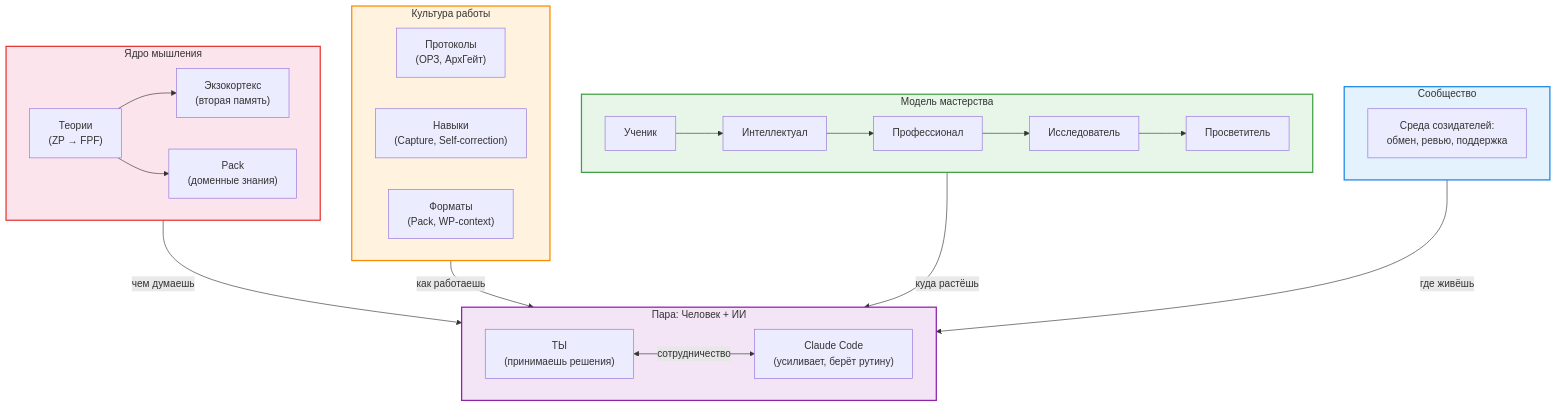
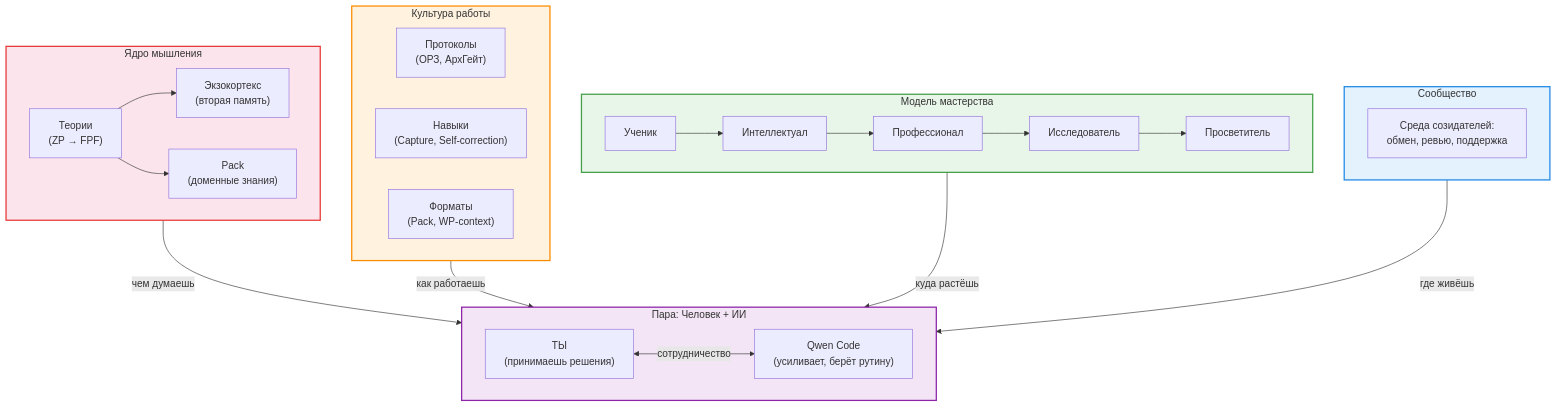
One commit to trover97/FMT-exocortex-template changed the second of 3 diagrams in docs/onboarding/onboarding-guide.md. Above: the diagram before and after it, drawn with Mermaid. The commit also changed other lines of this file and 210 other files, not shown here.

First line of the commit message:
feat: адаптация шаблона под Qwen Code / Windows / offline

````diff
--- a/docs/onboarding/onboarding-guide.md
+++ b/docs/onboarding/onboarding-guide.md
@@ -224,44 +224,44 @@
 ```mermaid
 graph TB
     subgraph core["Ядро мышления"]
         direction LR
         ZP["Теории\n(ZP → FPF)"]
         EXO["Экзокортекс\n(вторая память)"]
         PACK["Pack\n(доменные знания)"]
         ZP --> EXO
         ZP --> PACK
     end
 
     subgraph culture["Культура работы"]
         direction LR
         PROTOCOLS["Протоколы\n(ОРЗ, АрхГейт)"]
         SKILLS["Навыки\n(Capture, Self-correction)"]
         FORMATS["Форматы\n(Pack, WP-context)"]
     end
 
     subgraph mastery["Модель мастерства"]
         M1["Ученик"] --> M2["Интеллектуал"] --> M3["Профессионал"] --> M4["Исследователь"] --> M5["Просветитель"]
     end
 
     subgraph community["Сообщество"]
         COMM["Среда созидателей:\nобмен, ревью, поддержка"]
     end
 
     subgraph pair["Пара: Человек + ИИ"]
         direction LR
         USER["ТЫ\n(принимаешь решения)"]
-        AI["Claude Code\n(усиливает, берёт рутину)"]
+        AI["Qwen Code\n(усиливает, берёт рутину)"]
         USER <-->|"сотрудничество"| AI
     end
 
     core -->|"чем думаешь"| pair
     culture -->|"как работаешь"| pair
     mastery -->|"куда растёшь"| pair
     community -->|"где живёшь"| pair
 
     style core fill:#fce4ec,stroke:#e53935,stroke-width:2px
     style culture fill:#fff3e0,stroke:#fb8c00,stroke-width:2px
     style mastery fill:#e8f5e9,stroke:#43a047,stroke-width:2px
     style community fill:#e3f2fd,stroke:#1e88e5,stroke-width:2px
     style pair fill:#f3e5f5,stroke:#8e24aa,stroke-width:2px
 ```
````
